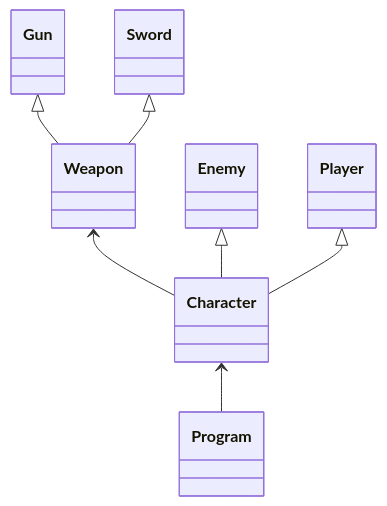
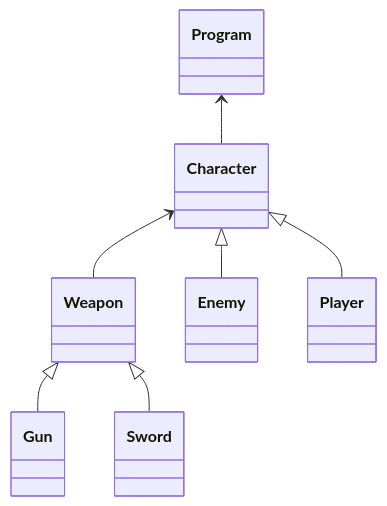
The diagram in README.md (FabioRibeiro404/LP1Semana07), drawn with Mermaid before and after one commit.

Commit message:
Fixed arrows

````diff
--- a/README.md
+++ b/README.md
@@ -2,15 +2,16 @@
 ```mermaid
 
 classDiagram
-Character <-- Program
-Weapon <-- Character
 
-Enemy <|-- Character
-Player <|-- Character
+Program <-- Character
+Character <-- Weapon
 
-Gun <|-- Weapon
-Sword <|-- Weapon
+Character <|-- Enemy
+Character <|-- Player
+
+Weapon <|-- Gun
+Weapon <|-- Sword
 
 
 
 ```
````
